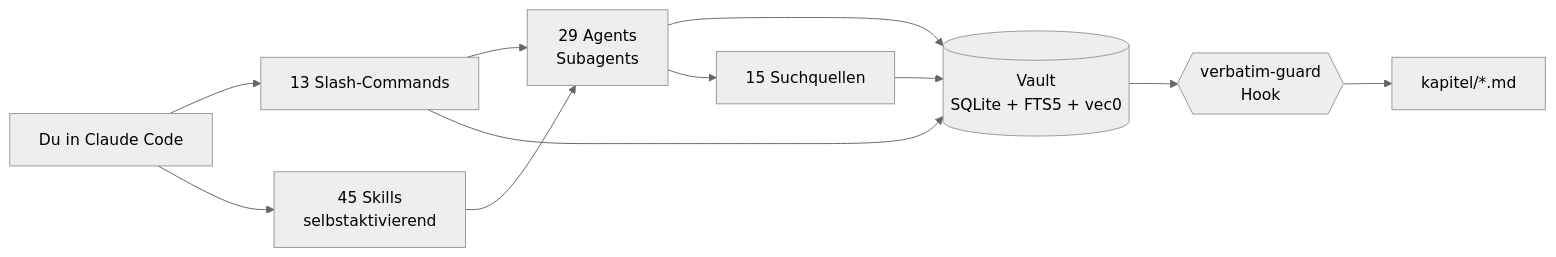
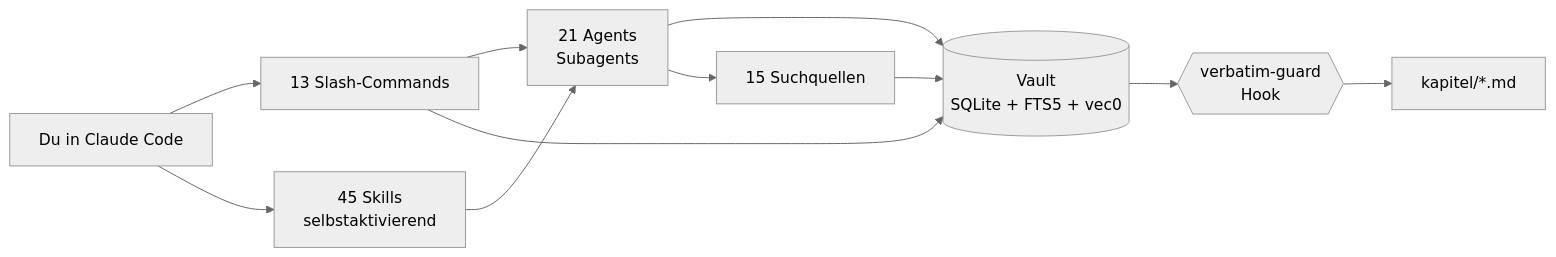
One commit to ahlerjam/academic-research changed the diagram in README.md. Above: the diagram before and after it, drawn with Mermaid (neutral theme). The commit also changed 44 other files, not shown here.

````diff
--- a/README.md
+++ b/README.md
@@ -78,13 +78,13 @@
 ```mermaid
 graph LR
     U[Du in Claude Code] --> C[13 Slash-Commands]
     U --> S[45 Skills<br/>selbstaktivierend]
-    C --> A[29 Agents<br/>Subagents]
+    C --> A[21 Agents<br/>Subagents]
     S --> A
     A --> V[(Vault<br/>SQLite + FTS5 + vec0)]
     C --> V
     A --> Q[15 Suchquellen]
     Q --> V
     V --> H{{verbatim-guard<br/>Hook}}
     H --> K[kapitel/*.md]
 ```
````
